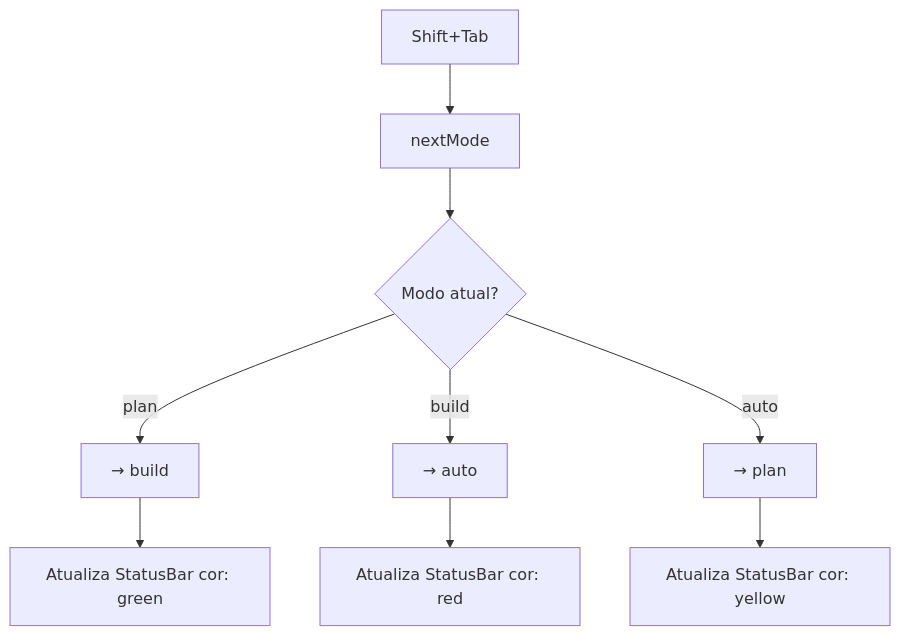
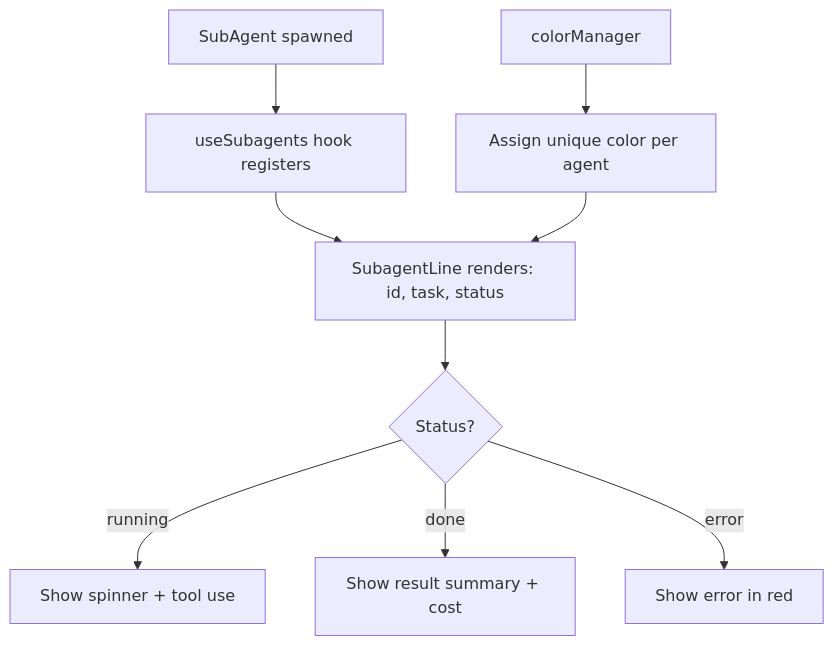
The fifth of 6 diagrams in _reversa_sdd/flowcharts/ui.md (Hermenics/deepseek-code), drawn with Mermaid before and after one commit. The commit also changed other lines of this file and 75 other files, not shown here.

First line of the commit message:
docs(sdd): translate ADRs and architecture docs to English, reorganize proxy module

````diff
--- a/_reversa_sdd/flowcharts/ui.md
+++ b/_reversa_sdd/flowcharts/ui.md
@@ -59,11 +86,12 @@
 ```mermaid
 flowchart TD
-    A[Shift+Tab] --> B[nextMode]
-    B --> C{Modo atual?}
-    C -->|plan| D[→ build]
-    C -->|build| E[→ auto]
-    C -->|auto| F[→ plan]
-    D --> G[Atualiza StatusBar cor: green]
-    E --> H[Atualiza StatusBar cor: red]
-    F --> I[Atualiza StatusBar cor: yellow]
+    A[SubAgent spawned] --> B[useSubagents hook registers]
+    B --> C[SubagentLine renders: id, task, status]
+    C --> D{Status?}
+    D -->|running| E[Show spinner + tool use]
+    D -->|done| F[Show result summary + cost]
+    D -->|error| G[Show error in red]
+    
+    H[colorManager] --> I[Assign unique color per agent]
+    I --> C
 ```
````
